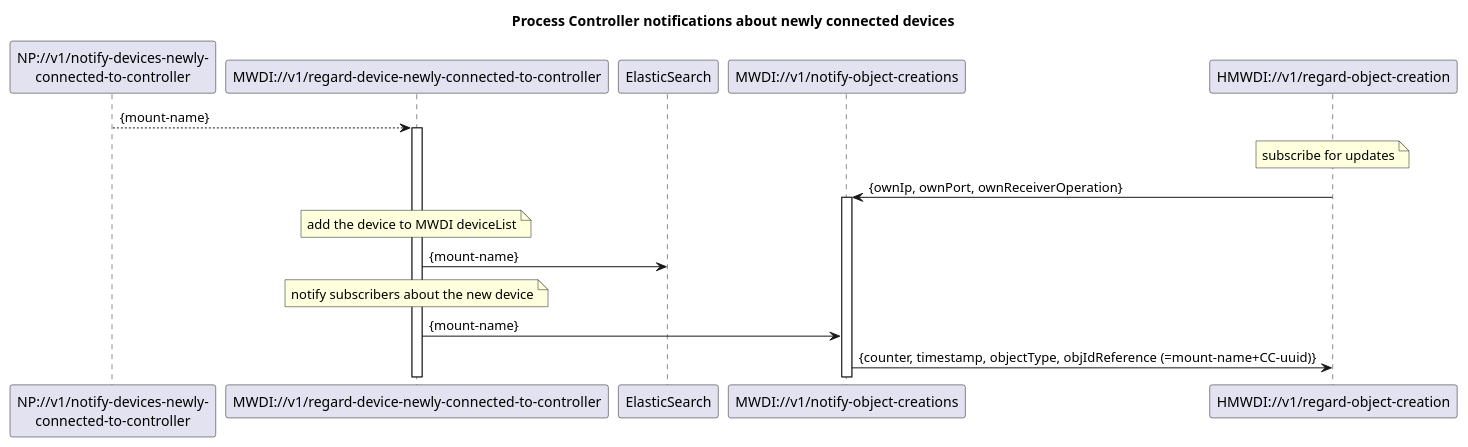
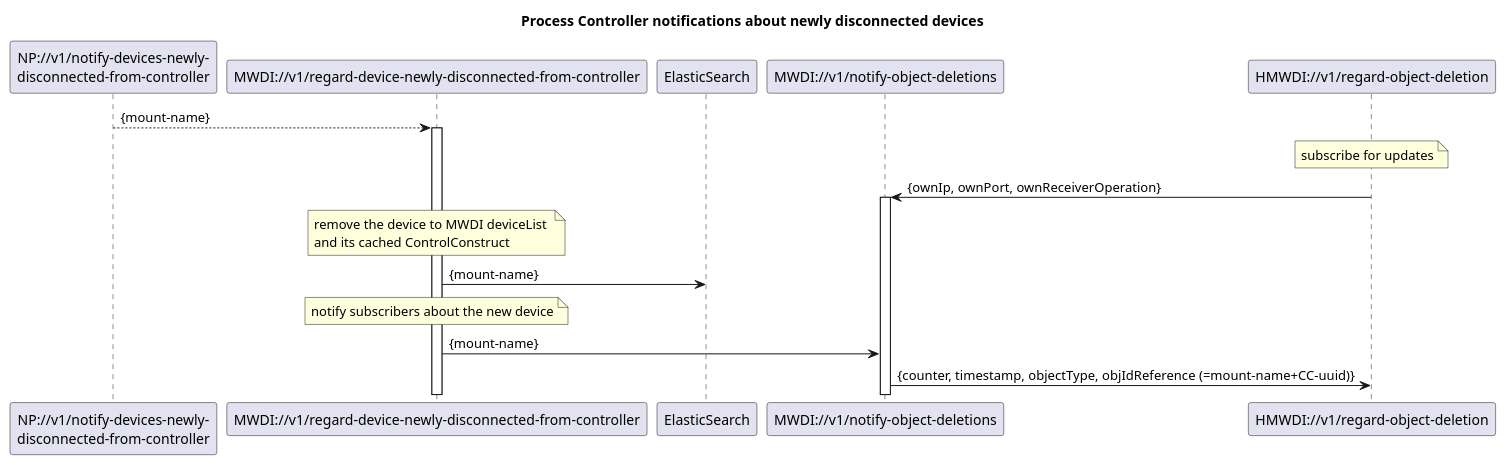
Before and after one commit to openBackhaul/MicroWaveDeviceInventory: the diagram in spec/diagrams/neu/01x_processControllerNotificationsNewDev.plantuml, drawn with PlantUML. The commit also changed 1 other file, not shown here.

```diff
--- a/spec/diagrams/neu/01x_processControllerNotificationsNewDev.plantuml
+++ b/spec/diagrams/neu/01x_processControllerNotificationsNewDev.plantuml
@@ -1,33 +1,33 @@
 @startuml
 skinparam responseMessageBelowArrow true
 skinparam participant {
   StereotypeFontSize 12  
 }
 
-title Process Controller notifications about newly connected devices
+title Process Controller notifications about newly disconnected devices
 
 'participants
-participant "NP://v1/notify-devices-newly-\nconnected-to-controller" as npmsg
-participant "MWDI://v1/regard-device-newly-connected-to-controller" as mwdi
+participant "NP://v1/notify-devices-newly-\ndisconnected-from-controller" as npmsg
+participant "MWDI://v1/regard-device-newly-disconnected-from-controller" as mwdi
 participant "ElasticSearch" as es
-participant "MWDI://v1/notify-object-creations" as notify
-participant "HMWDI://v1/regard-object-creation" as subscriberOp
+participant "MWDI://v1/notify-object-deletions" as notify
+participant "HMWDI://v1/regard-object-deletion" as subscriberOp
 
 npmsg --> mwdi: {mount-name}
 activate mwdi
 
 note over subscriberOp: subscribe for updates
 subscriberOp -> notify: {ownIp, ownPort, ownReceiverOperation} 
 activate notify
 
-note over mwdi: add the device to MWDI deviceList
+note over mwdi: remove the device to MWDI deviceList \nand its cached ControlConstruct
 mwdi -> es: {mount-name}
 
 note over mwdi: notify subscribers about the new device
 
 mwdi -> notify: {mount-name}
 notify -> subscriberOp: {counter, timestamp, objectType, objIdReference (=mount-name+CC-uuid)}
 
 
 
 @enduml
```
